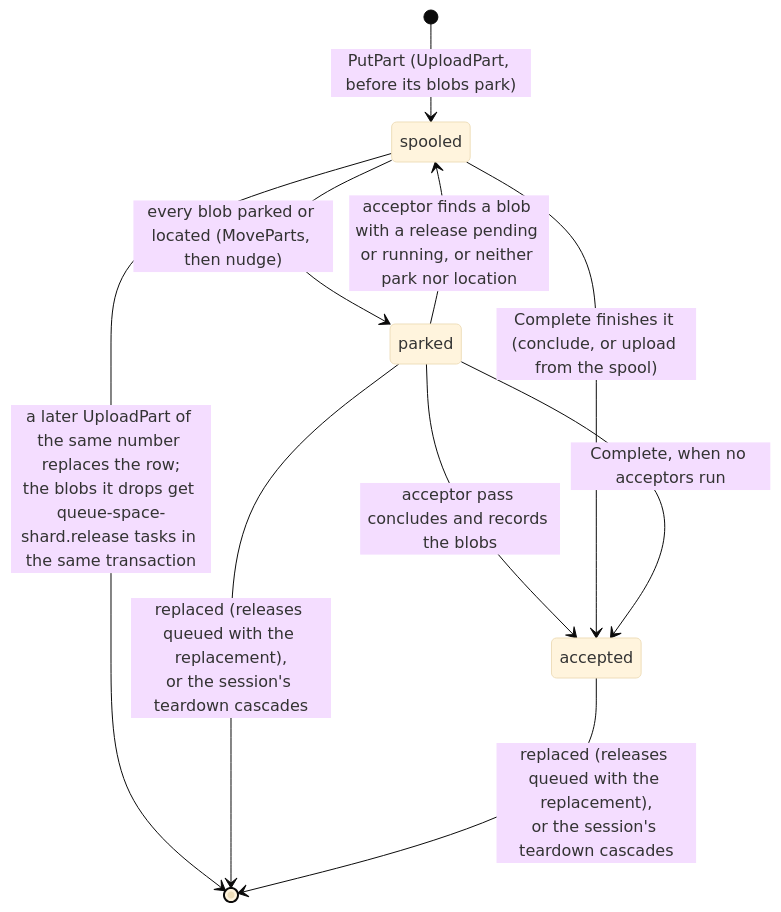
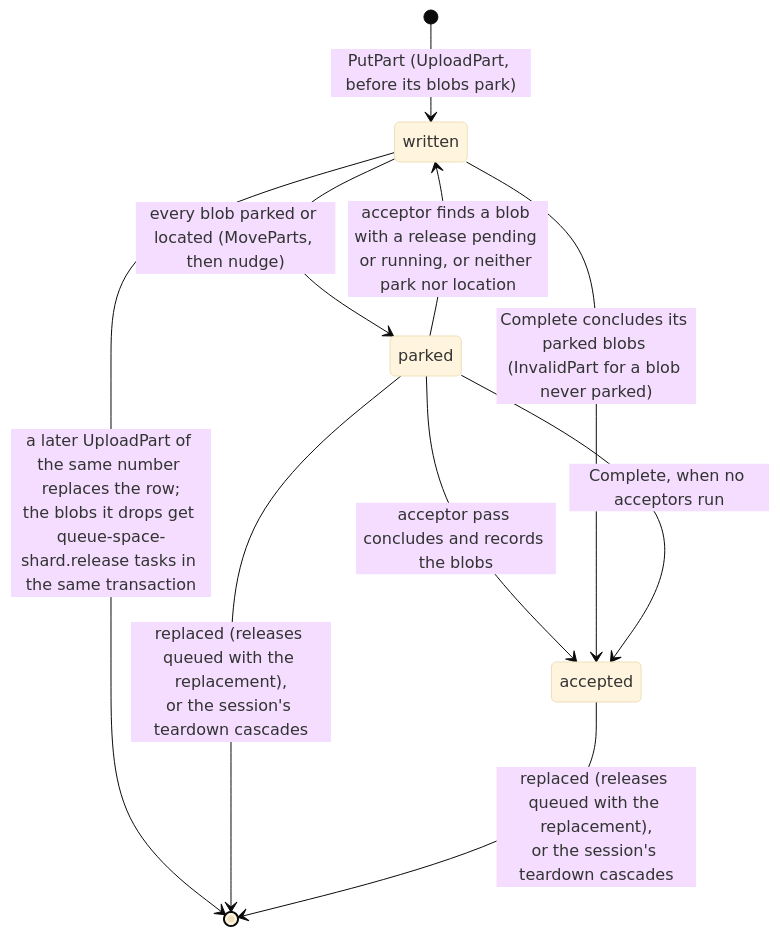
Before and after one commit to fil-forge/ingot: the seventh of 15 diagrams in docs/diagrams.md, drawn with Mermaid (base theme). The commit also changed other lines of this file and 84 other files, not shown here.

First line of the commit message:
refactor: stream every object blob and remove the spool (#346)

````diff
--- a/docs/diagrams.md
+++ b/docs/diagrams.md
@@ -628,12 +622,12 @@
 ```mermaid
 stateDiagram-v2
-    [*] --> spooled : PutPart (UploadPart, before its blobs park)
-    spooled --> parked : every blob parked or located (MoveParts, then nudge)
+    [*] --> written : PutPart (UploadPart, before its blobs park)
+    written --> parked : every blob parked or located (MoveParts, then nudge)
     parked --> accepted : acceptor pass concludes and records the blobs
-    parked --> spooled : acceptor finds a blob with a release pending or running, or neither park nor location
-    spooled --> accepted : Complete finishes it (conclude, or upload from the spool)
+    parked --> written : acceptor finds a blob with a release pending or running, or neither park nor location
+    written --> accepted : Complete concludes its parked blobs (InvalidPart for a blob never parked)
     parked --> accepted : Complete, when no acceptors run
-    spooled --> [*] : a later UploadPart of the same number replaces the row#59;<br/>the blobs it drops get queue-space-shard.release tasks in the same transaction
+    written --> [*] : a later UploadPart of the same number replaces the row#59;<br/>the blobs it drops get queue-space-shard.release tasks in the same transaction
     parked --> [*] : replaced (releases queued with the replacement),<br/>or the session's teardown cascades
     accepted --> [*] : replaced (releases queued with the replacement),<br/>or the session's teardown cascades
 ```
````
